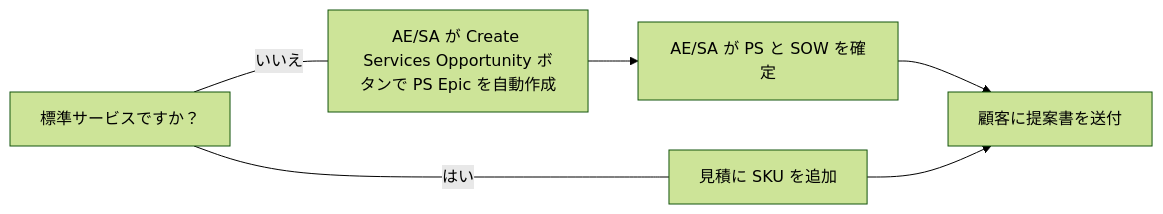
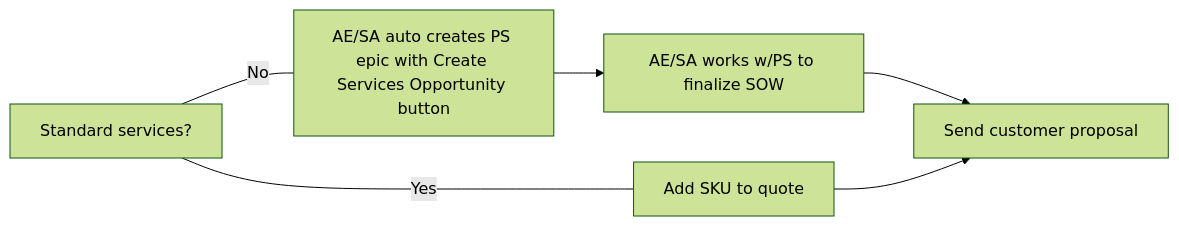
Before and after one commit to kyama0/gitlab-handbook-ja: the diagram in content/handbook/customer-experience/professional-services-engineering/working-with.md, drawn with Mermaid (forest theme). The commit also changed other lines of this file and 20 other files, not shown here.

````diff
--- a/content/handbook/customer-experience/professional-services-engineering/working-with.md
+++ b/content/handbook/customer-experience/professional-services-engineering/working-with.md
@@ -50,9 +50,9 @@
 ```mermaid
 graph LR;
-  a["標準サービスですか？"]-- はい ---b["見積に SKU を追加"];
-  a-- いいえ ---c["AE/SA が Create Services Opportunity ボタンで PS Epic を自動作成"];
-  c-->d["AE/SA が PS と SOW を確定"];
-  z["顧客に提案書を送付"];
+  a["Standard services?"]-- Yes ---b["Add SKU to quote"];
+  a-- No ---c["AE/SA auto creates PS epic with Create Services Opportunity button"];
+  c-->d["AE/SA works w/PS to finalize SOW"];
+  z["Send customer proposal"];
   d-->z;
   b-->z;
 ```
````
